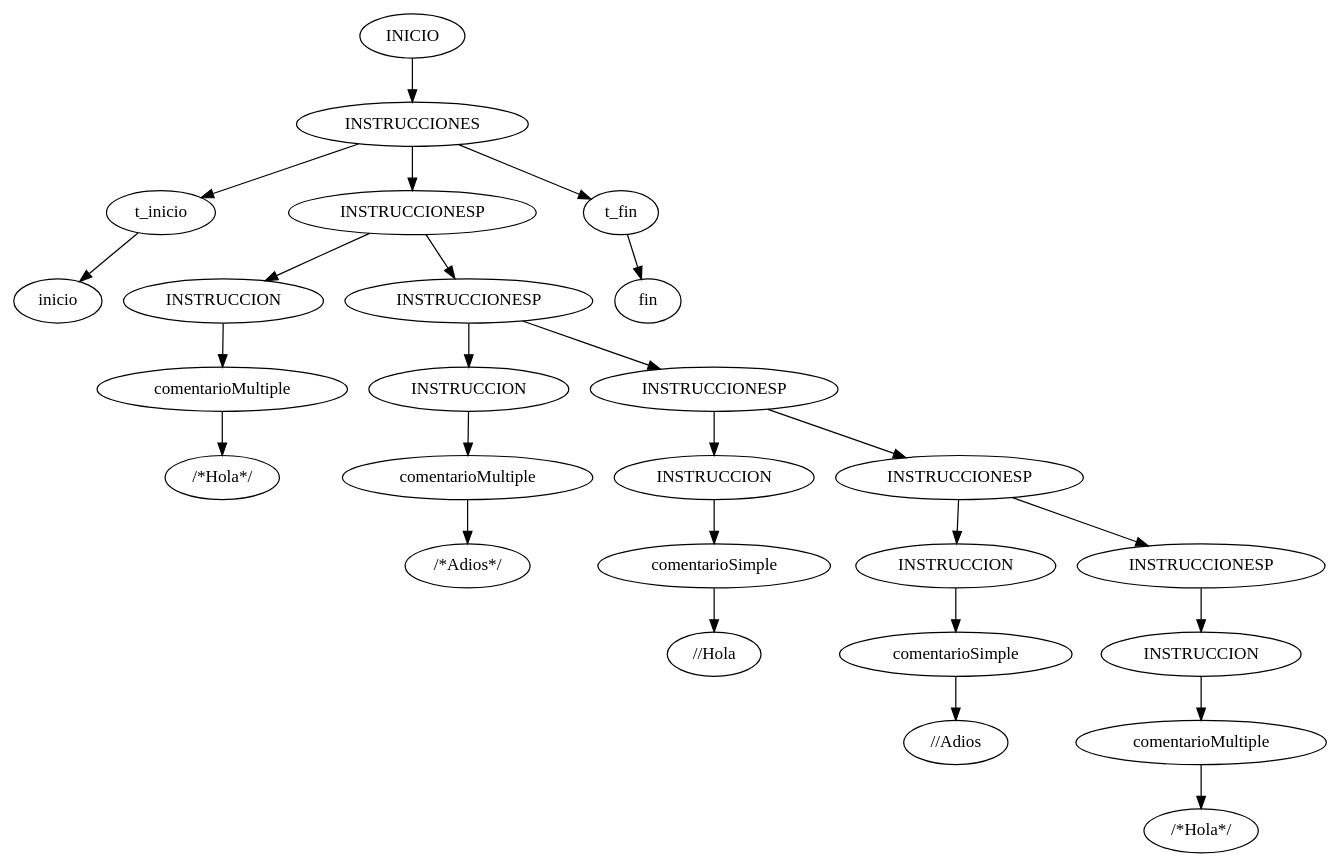
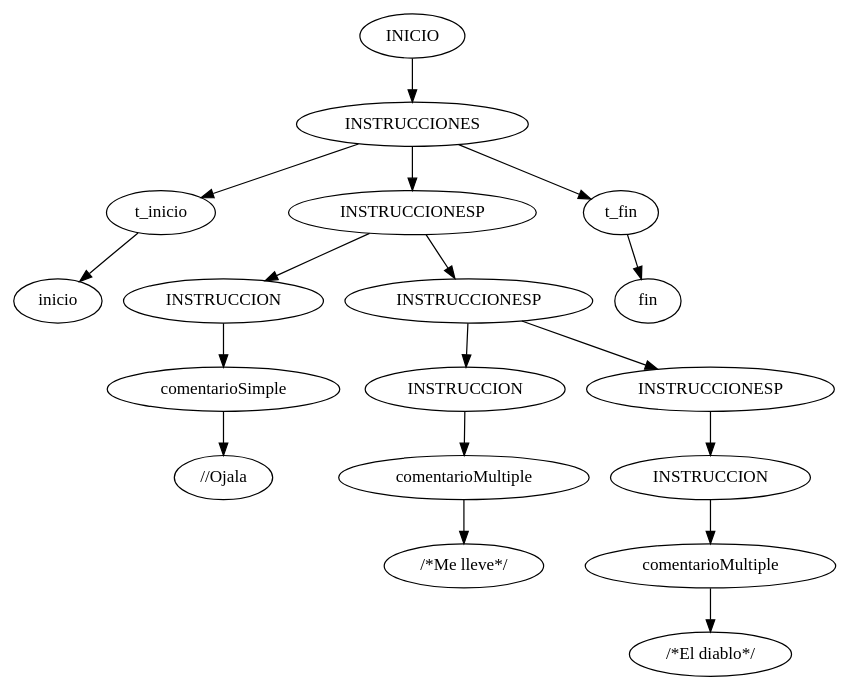
The diagram in Proyecto 1/[OLC1]-Proyecto1/reportes/ast.dot (LuisaMariaO/OLC1-202003381), drawn with Graphviz before and after one commit. The commit also changed 13 other files, not shown here.

```diff
--- a/Proyecto 1/[OLC1]-Proyecto1/reportes/ast.dot
+++ b/Proyecto 1/[OLC1]-Proyecto1/reportes/ast.dot
@@ -1,53 +1,37 @@
 digraph G{
-"node749157045" [ label = "INICIO",];
-"node1904276615" [ label = "INSTRUCCIONES",];
-"node965997554" [ label = "t_inicio",];
-"node52223227" [ label = "inicio",];
-"node965997554" -> "node52223227" [ label = "",];
-"node1904276615" -> "node965997554" [ label = "",];
-"node377171135" [ label = "INSTRUCCIONESP",];
-"node1621743163" [ label = "INSTRUCCION",];
-"node1183036863" [ label = "comentarioMultiple",];
-"node589120144" [ label = "/*Hola*/",];
-"node1183036863" -> "node589120144" [ label = "",];
-"node1621743163" -> "node1183036863" [ label = "",];
-"node377171135" -> "node1621743163" [ label = "",];
-"node1816956056" [ label = "INSTRUCCIONESP",];
-"node1115330340" [ label = "INSTRUCCION",];
-"node420478105" [ label = "comentarioMultiple",];
-"node1355756778" [ label = "/*Adios*/",];
-"node420478105" -> "node1355756778" [ label = "",];
-"node1115330340" -> "node420478105" [ label = "",];
-"node1816956056" -> "node1115330340" [ label = "",];
-"node1492077095" [ label = "INSTRUCCIONESP",];
-"node1320822185" [ label = "INSTRUCCION",];
-"node674755539" [ label = "comentarioSimple",];
-"node32963163" [ label = "//Hola",];
-"node674755539" -> "node32963163" [ label = "",];
-"node1320822185" -> "node674755539" [ label = "",];
-"node1492077095" -> "node1320822185" [ label = "",];
-"node602547760" [ label = "INSTRUCCIONESP",];
-"node1021499529" [ label = "INSTRUCCION",];
-"node735841709" [ label = "comentarioSimple",];
-"node500043439" [ label = "//Adios",];
-"node735841709" -> "node500043439" [ label = "",];
-"node1021499529" -> "node735841709" [ label = "",];
-"node602547760" -> "node1021499529" [ label = "",];
-"node1869049984" [ label = "INSTRUCCIONESP",];
-"node1173080949" [ label = "INSTRUCCION",];
-"node244385536" [ label = "comentarioMultiple",];
-"node1665649419" [ label = "/*Hola*/",];
-"node244385536" -> "node1665649419" [ label = "",];
-"node1173080949" -> "node244385536" [ label = "",];
-"node1869049984" -> "node1173080949" [ label = "",];
-"node602547760" -> "node1869049984" [ label = "",];
-"node1492077095" -> "node602547760" [ label = "",];
-"node1816956056" -> "node1492077095" [ label = "",];
-"node377171135" -> "node1816956056" [ label = "",];
-"node1904276615" -> "node377171135" [ label = "",];
-"node938497171" [ label = "t_fin",];
-"node752583035" [ label = "fin",];
-"node938497171" -> "node752583035" [ label = "",];
-"node1904276615" -> "node938497171" [ label = "",];
-"node749157045" -> "node1904276615" [ label = "",];
+"node969335472" [ label = "INICIO",];
+"node570775024" [ label = "INSTRUCCIONES",];
+"node2012141275" [ label = "t_inicio",];
+"node1283494758" [ label = "inicio",];
+"node2012141275" -> "node1283494758" [ label = "",];
+"node570775024" -> "node2012141275" [ label = "",];
+"node1121794852" [ label = "INSTRUCCIONESP",];
+"node1258245210" [ label = "INSTRUCCION",];
+"node1260782544" [ label = "comentarioSimple",];
+"node66433649" [ label = "//Ojala",];
+"node1260782544" -> "node66433649" [ label = "",];
+"node1258245210" -> "node1260782544" [ label = "",];
+"node1121794852" -> "node1258245210" [ label = "",];
+"node677035312" [ label = "INSTRUCCIONESP",];
+"node418888189" [ label = "INSTRUCCION",];
+"node1672741296" [ label = "comentarioMultiple",];
+"node1308381581" [ label = "/*Me lleve*/",];
+"node1672741296" -> "node1308381581" [ label = "",];
+"node418888189" -> "node1672741296" [ label = "",];
+"node677035312" -> "node418888189" [ label = "",];
+"node817026623" [ label = "INSTRUCCIONESP",];
+"node355445125" [ label = "INSTRUCCION",];
+"node1448448785" [ label = "comentarioMultiple",];
+"node2039136367" [ label = "/*El diablo*/",];
+"node1448448785" -> "node2039136367" [ label = "",];
+"node355445125" -> "node1448448785" [ label = "",];
+"node817026623" -> "node355445125" [ label = "",];
+"node677035312" -> "node817026623" [ label = "",];
+"node1121794852" -> "node677035312" [ label = "",];
+"node570775024" -> "node1121794852" [ label = "",];
+"node1605362255" [ label = "t_fin",];
+"node933497790" [ label = "fin",];
+"node1605362255" -> "node933497790" [ label = "",];
+"node570775024" -> "node1605362255" [ label = "",];
+"node969335472" -> "node570775024" [ label = "",];
 }
```
